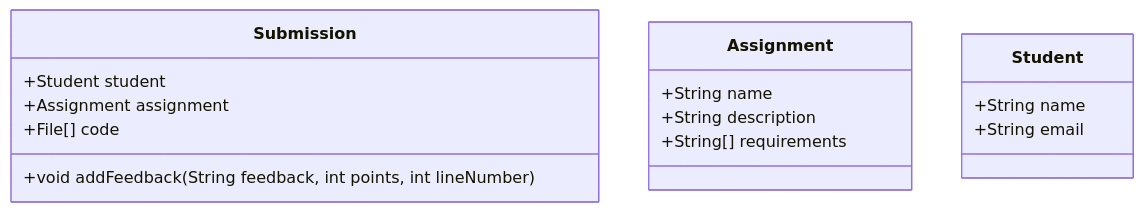
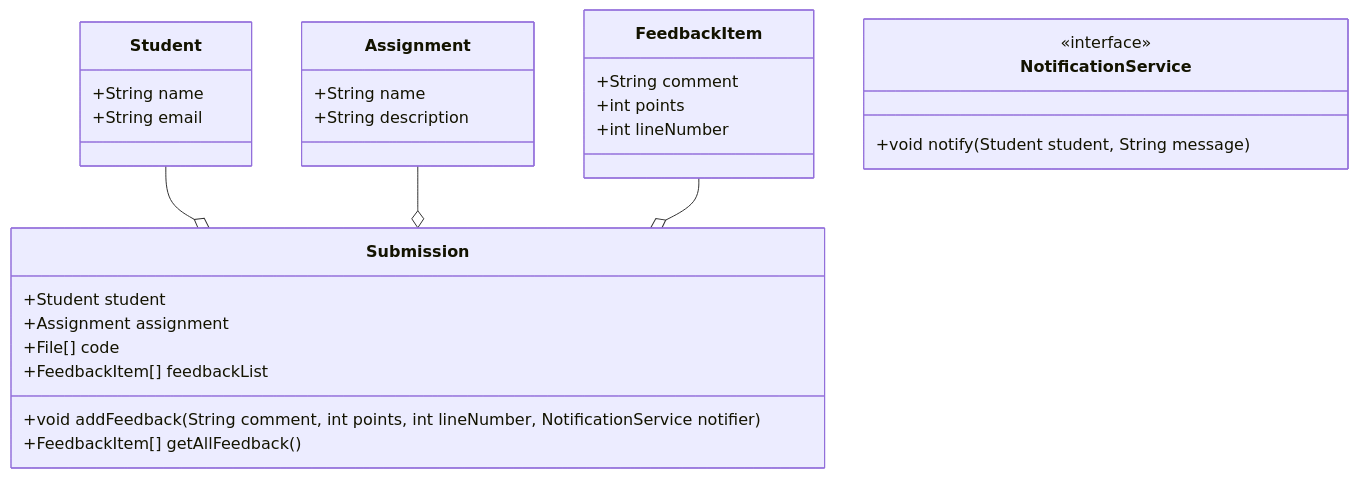
One commit to neu-pdi/cs3100-public-resources changed the first of 6 diagrams in lecture-notes/l7-design-for-change.md. Above: the diagram before and after it, drawn with Mermaid. The commit also changed other lines of this file and 79 other files, not shown here.

````diff
--- a/lecture-notes/l7-design-for-change.md
+++ b/lecture-notes/l7-design-for-change.md
@@ -29,20 +29,36 @@
 ```mermaid
 classDiagram
     class Submission {
         +Student student
         +Assignment assignment
         +File[] code
-        +void addFeedback(String feedback, int points, int lineNumber)
+        +FeedbackItem[] feedbackList
+        +void addFeedback(String comment, int points, int lineNumber, NotificationService notifier)
+        +FeedbackItem[] getAllFeedback()
     }
-
+    
+    class FeedbackItem {
+        +String comment
+        +int points
+        +int lineNumber
+    }
+    
     class Assignment {
         +String name
         +String description
-        +String[] requirements
     }
-
+    
     class Student {
         +String name
         +String email
     }
+    
+    class NotificationService {
+        <<interface>>
+        +void notify(Student student, String message)
+    }
+    
+    Student --o Submission
+    Assignment --o Submission
+    FeedbackItem --o Submission
 ```
````
